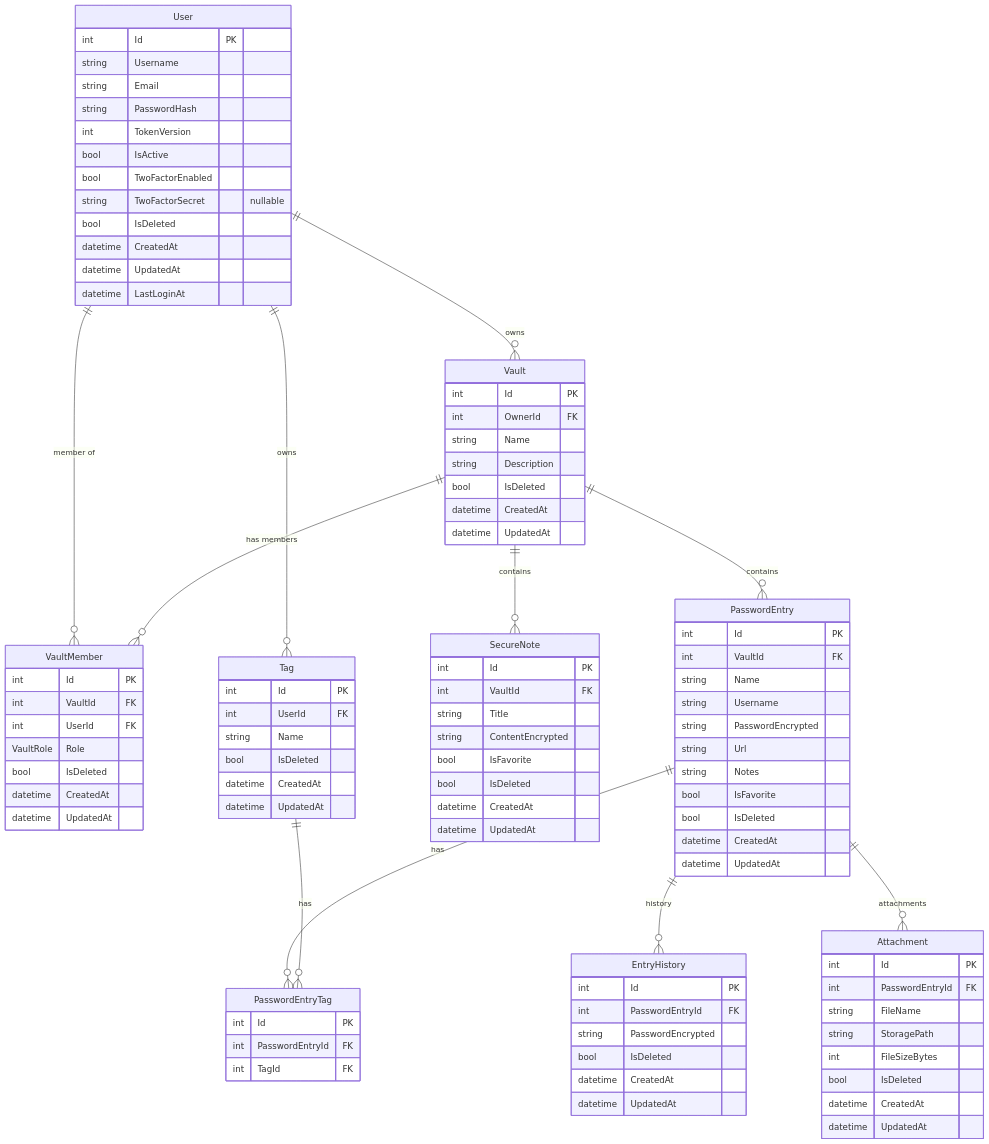
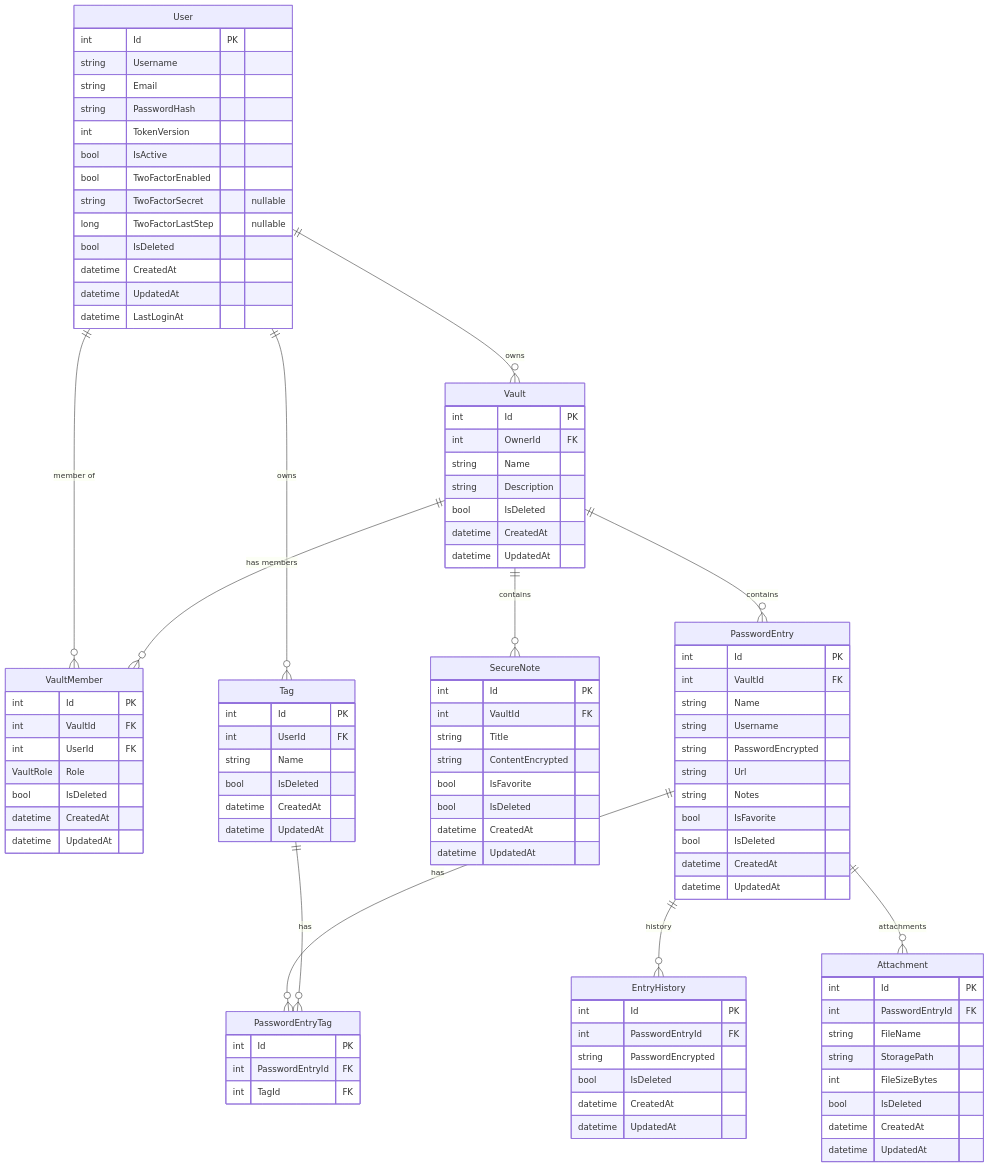
Before and after one commit to nicolasroumec/TheShed: the diagram in docs/DATABASE.md, drawn with Mermaid. The commit also changed other lines of this file and 6 other files, not shown here.

```diff
--- a/docs/DATABASE.md
+++ b/docs/DATABASE.md
@@ -12,6 +12,7 @@
         bool IsActive
         bool TwoFactorEnabled
         string TwoFactorSecret "nullable"
+        long TwoFactorLastStep "nullable"
         bool IsDeleted
         datetime CreatedAt
         datetime UpdatedAt
```
